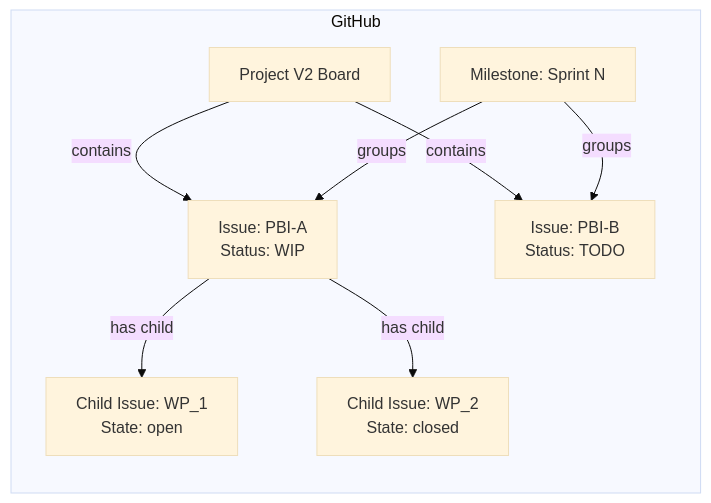
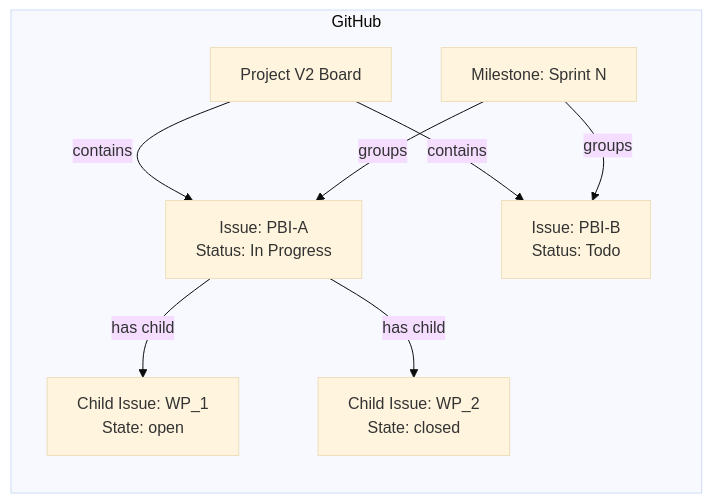
The diagram in .agents/management/github-operations-guide.md (future-trajectory-official/global-harness-manager), drawn with Mermaid (base theme) before and after one commit. The commit also changed other lines of this file, not shown here.

````diff
--- a/.agents/management/github-operations-guide.md
+++ b/.agents/management/github-operations-guide.md
@@ -126,18 +130,18 @@
 ```mermaid
 flowchart LR
     subgraph GitHub
         P[Project V2 Board]
         M[Milestone: Sprint N]
-        I1[Issue: PBI-A\nStatus: WIP]
-        I2[Issue: PBI-B\nStatus: TODO]
+        I1[Issue: PBI-A\nStatus: In Progress]
+        I2[Issue: PBI-B\nStatus: Todo]
         C1[Child Issue: WP_1\nState: open]
         C2[Child Issue: WP_2\nState: closed]
     end
 
     P -->|contains| I1
     P -->|contains| I2
     M -->|groups| I1
     M -->|groups| I2
     I1 -->|has child| C1
     I1 -->|has child| C2
 ```
````
